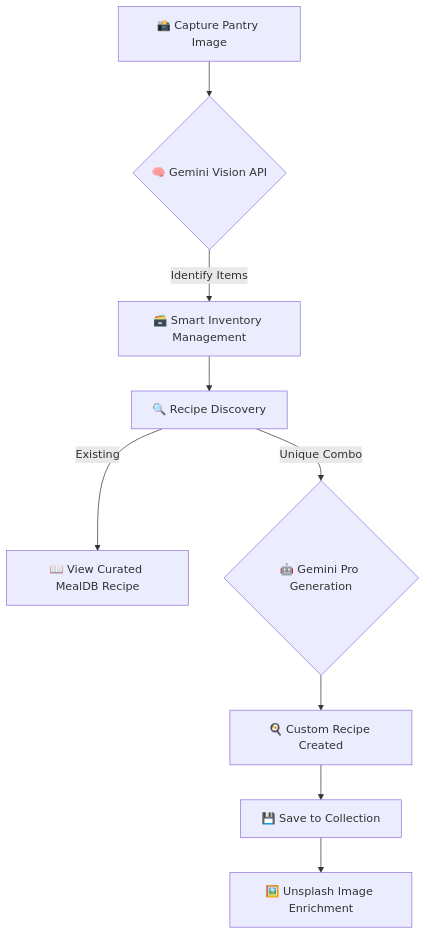
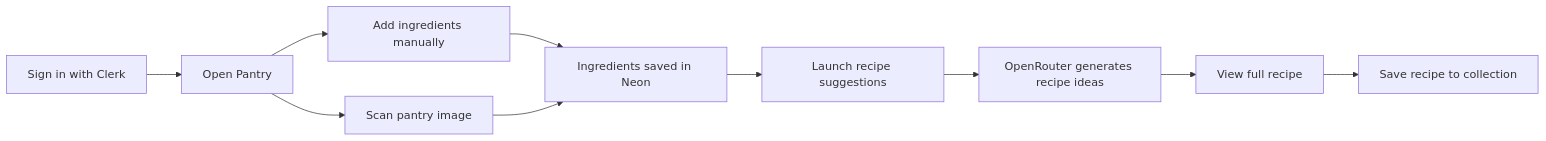
One commit to deepakgudi-pixel/prepai changed the second of 2 diagrams in README.md. Above: the diagram before and after it, drawn with Mermaid. The commit also changed other lines of this file and 12 other files, not shown here.

````diff
--- a/README.md
+++ b/README.md
@@ -14,11 +33,12 @@
 ```mermaid
-graph TD
-    A[📸 Capture Pantry Image] --> B{🧠 Gemini Vision API}
-    B -->|Identify Items| C[🗃️ Smart Inventory Management]
-    C --> D[🔍 Recipe Discovery]
-    D -->|Existing| E[📖 View Curated MealDB Recipe]
-    D -->|Unique Combo| F{🤖 Gemini Pro Generation}
-    F --> G[🍳 Custom Recipe Created]
-    G --> H[💾 Save to Collection]
-    H --> I[🖼️ Unsplash Image Enrichment]
+graph LR
+    A["Sign in with Clerk"] --> B["Open Pantry"]
+    B --> C["Add ingredients manually"]
+    B --> D["Scan pantry image"]
+    C --> E["Ingredients saved in Neon"]
+    D --> E
+    E --> F["Launch recipe suggestions"]
+    F --> G["OpenRouter generates recipe ideas"]
+    G --> H["View full recipe"]
+    H --> I["Save recipe to collection"]
 ```
````
